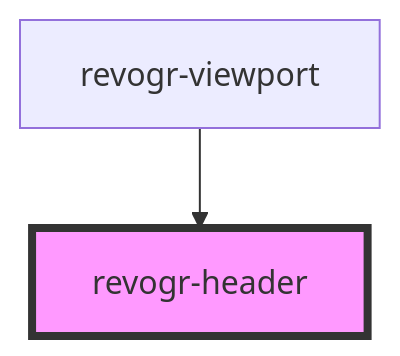
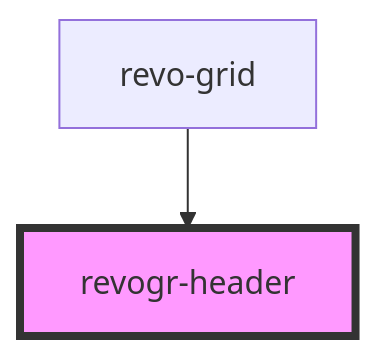
One commit to revolist/revogrid changed the diagram in src/components/header/readme.md. Above: the diagram before and after it, drawn with Mermaid. The commit also changed other lines of this file and 41 other files, not shown here.

````diff
--- a/src/components/header/readme.md
+++ b/src/components/header/readme.md
@@ -37,5 +37,5 @@
 ```mermaid
 graph TD;
-  revogr-viewport --> revogr-header
+  revo-grid --> revogr-header
   style revogr-header fill:#f9f,stroke:#333,stroke-width:4px
 ```
````
